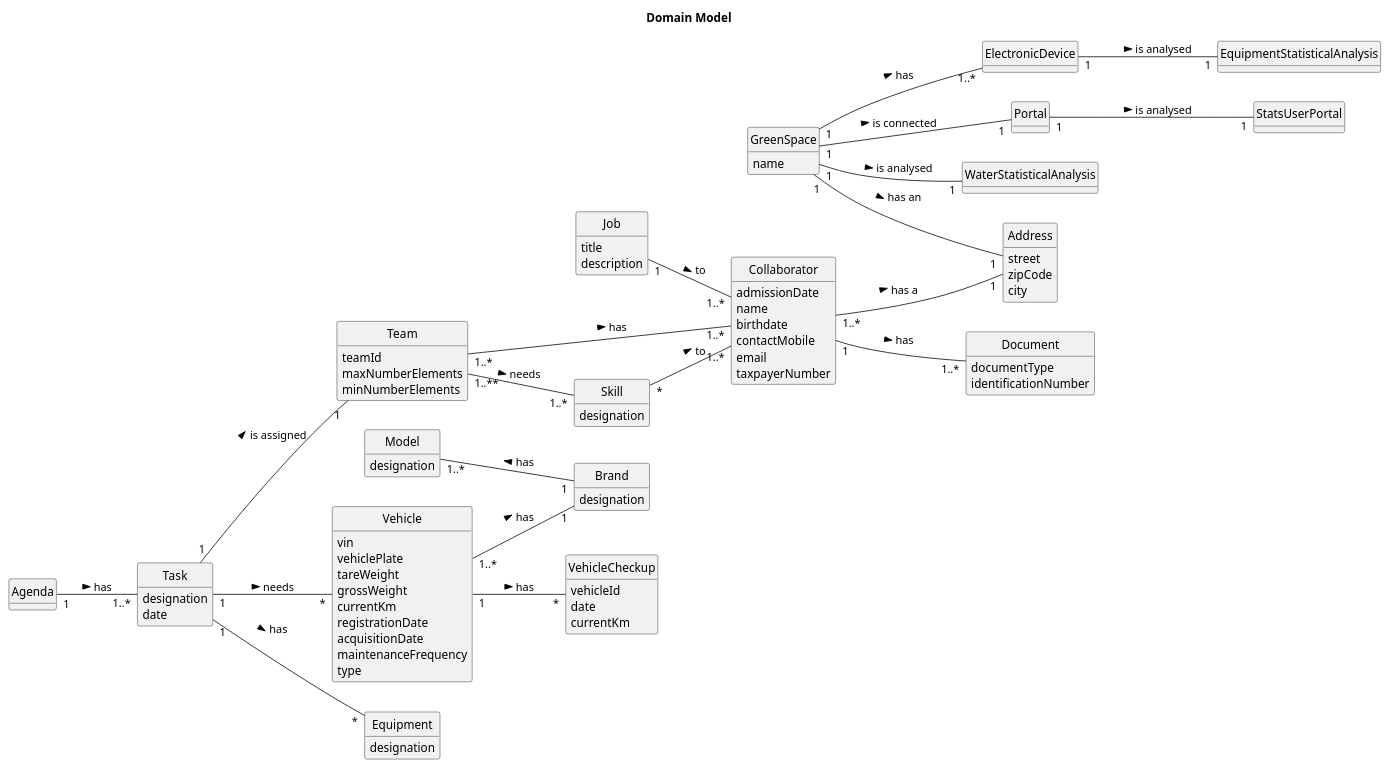
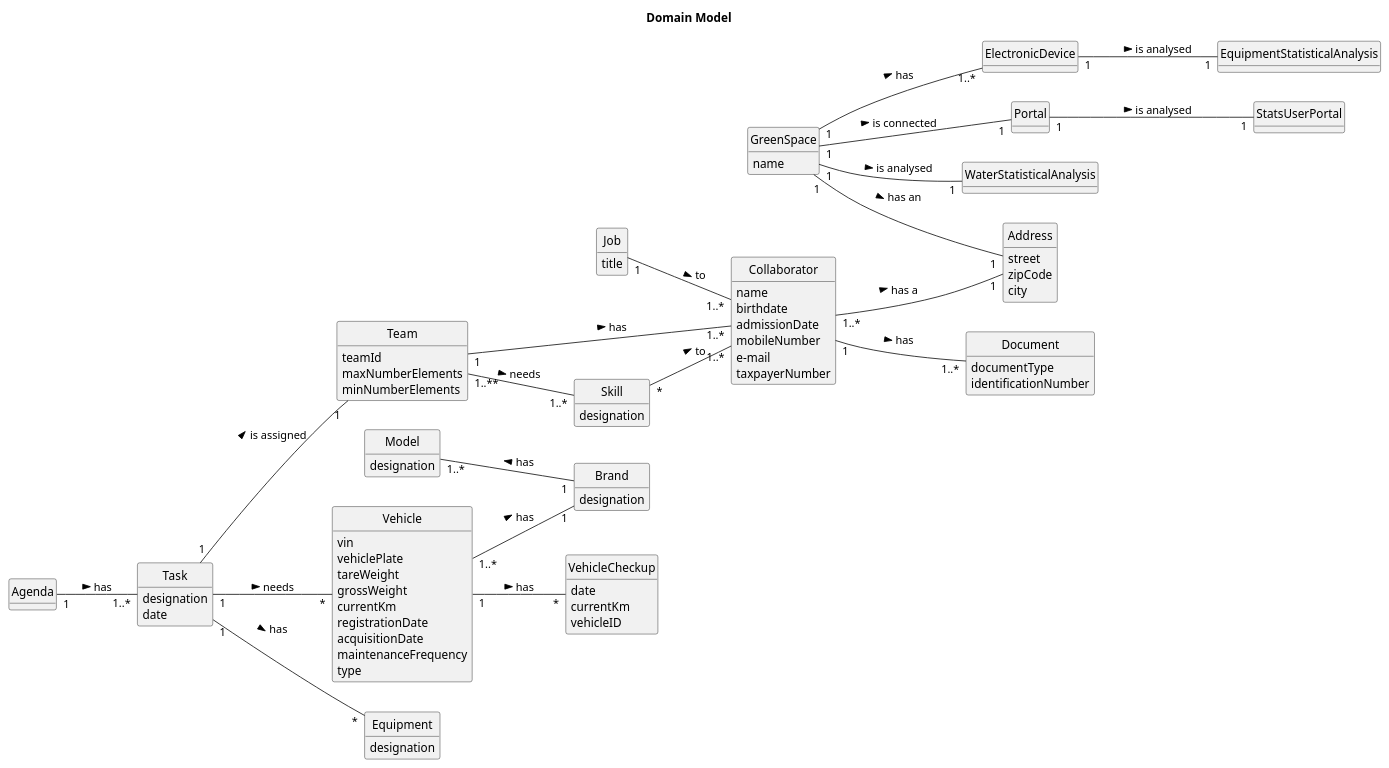
The diagram in docs/sprintB/global-artifacts/02.analysis/puml/project-domain-model.puml (ricardomm7/leaflink), drawn with PlantUML before and after one commit. The commit also changed 13 other files, not shown here.

Commit message:
LFC2-140<Correct some conceptual classes on use case diagram and correct some issues on Readme.md requirements (US001 and US008) >

```diff
--- a/docs/sprintB/global-artifacts/02.analysis/puml/project-domain-model.puml
+++ b/docs/sprintB/global-artifacts/02.analysis/puml/project-domain-model.puml
@@ -1,147 +1,146 @@
 @startuml
 skinparam monochrome true
 skinparam packageStyle rectangle
 skinparam shadowing false
 skinparam classAttributeIconSize 0
 hide circle
 hide methods
 left to right direction
 
 title Domain Model
 
 class Skill {
     designation
 }
 
 class Job {
     title
-    description
 }
 
 class Collaborator {
-    admissionDate
     name
     birthdate
-    contactMobile
-    email
+    admissionDate
+    mobileNumber
+    e-mail
     taxpayerNumber
 }
 
 class Document{
     documentType
     identificationNumber
 }
 
 
 class Team {
     teamId
     maxNumberElements
     minNumberElements
 }
 
 class Vehicle {
     vin
     vehiclePlate
     tareWeight
     grossWeight
     currentKm
     registrationDate
     acquisitionDate
     maintenanceFrequency
     type
 }
 
 class Brand{
     designation
 }
 
 class Model{
     designation
 }
 
 class VehicleCheckup{
-    vehicleId
     date
     currentKm
+    vehicleID
 }
 
 'class Person {
  '   name
  '   birthdate
  '   contactMobile
  '   email
   '  taxpayerNumber
 '}
 
 class Address{
     street
     zipCode
     city
 }
 
 class WaterStatisticalAnalysis{
 }
 
 class StatsUserPortal{
 }
 
 class ElectronicDevice{
 }
 
 class GreenSpace{
     name
 }
 
 class Task{
     designation
     date
 }
 
 class Equipment{
     designation
 }
 
 class Agenda{
 }
 
 class Portal{
 }
 
 Vehicle "1..*" -- "1" Brand : has >
 
 Model "1..*" -- "1" Brand : has <
 
 Collaborator "1" -- "1..*" Document : has >
 
 Job "1" -- "1..*" Collaborator : to >
 
 
 Skill "*" -- "1..*" Collaborator : to >
 Team "1..**" -- "1..*" Skill : needs >
 
-Team "1..*" -- "1..*" Collaborator : has >
+Team "1" -- "1..*" Collaborator : has >
 
 Vehicle "1" -- "*" VehicleCheckup : has >
 
 Collaborator "1..*" -- "1" Address : has a >
 
 GreenSpace "1" -- "1" WaterStatisticalAnalysis : is analysed >
 
 GreenSpace "1" -- "1" Address : has an >
 
 Task "1" -- "*" Vehicle : needs >
 
 Task "1" -- "1" Team : is assigned >
 
 Task "1" -- "*" Equipment : has >
 
 GreenSpace "1" -- "1..*" ElectronicDevice: has >
 
 ElectronicDevice "1" -- "1" EquipmentStatisticalAnalysis: is analysed >
 
 GreenSpace "1" -- "1" Portal : is connected >
 
 Portal "1" -- "1" StatsUserPortal : is analysed >
 
 Agenda "1" -- "1..*" Task : has >
 @enduml
```
